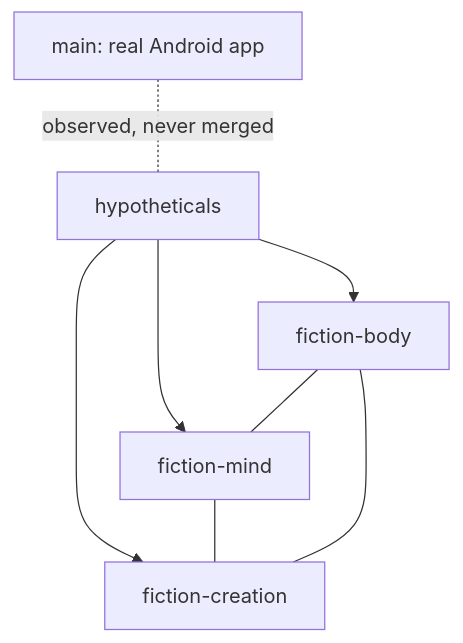
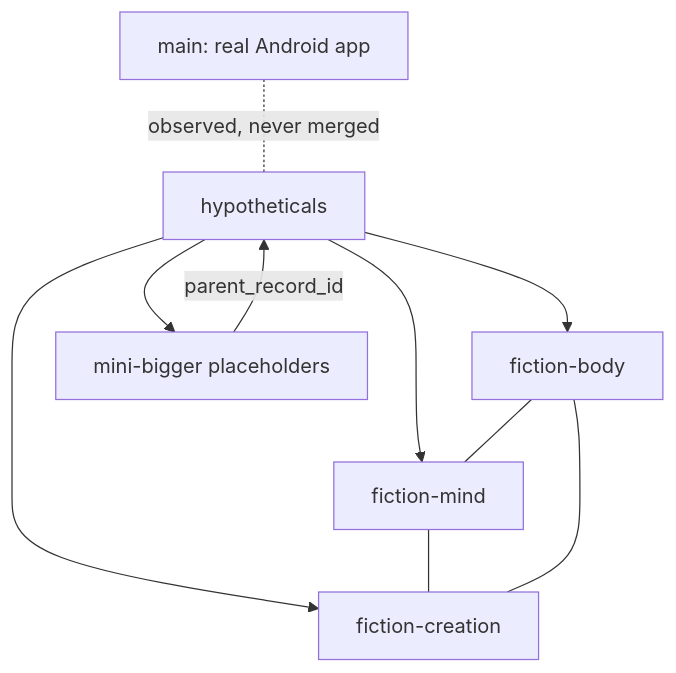
One commit to Vanellye/CodEXgen changed the diagram in hypotheticals/BRIDGE.md. Above: the diagram before and after it, drawn with Mermaid. The commit also changed other lines of this file, not shown here.

Commit message:
Document mini-bigger hypothetical hierarchy

````diff
--- a/hypotheticals/BRIDGE.md
+++ b/hypotheticals/BRIDGE.md
@@ -6,10 +6,12 @@
 ```mermaid
 graph TD
     main["main: real Android app"] -. "observed, never merged" .- hyp["hypotheticals"]
     hyp --> body["fiction-body"]
     hyp --> mind["fiction-mind"]
     hyp --> creation["fiction-creation"]
+    hyp --> mini["mini-bigger placeholders"]
     body --- mind
     mind --- creation
     creation --- body
+    mini -->|parent_record_id| hyp
 ```
````
